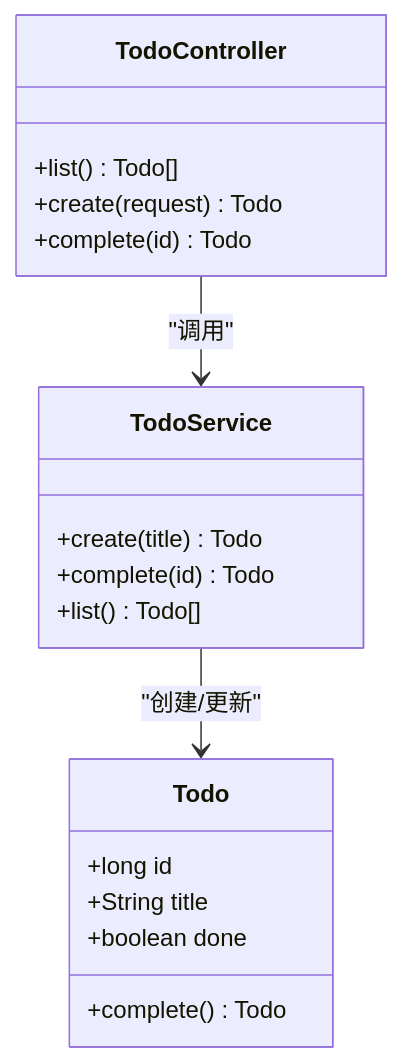
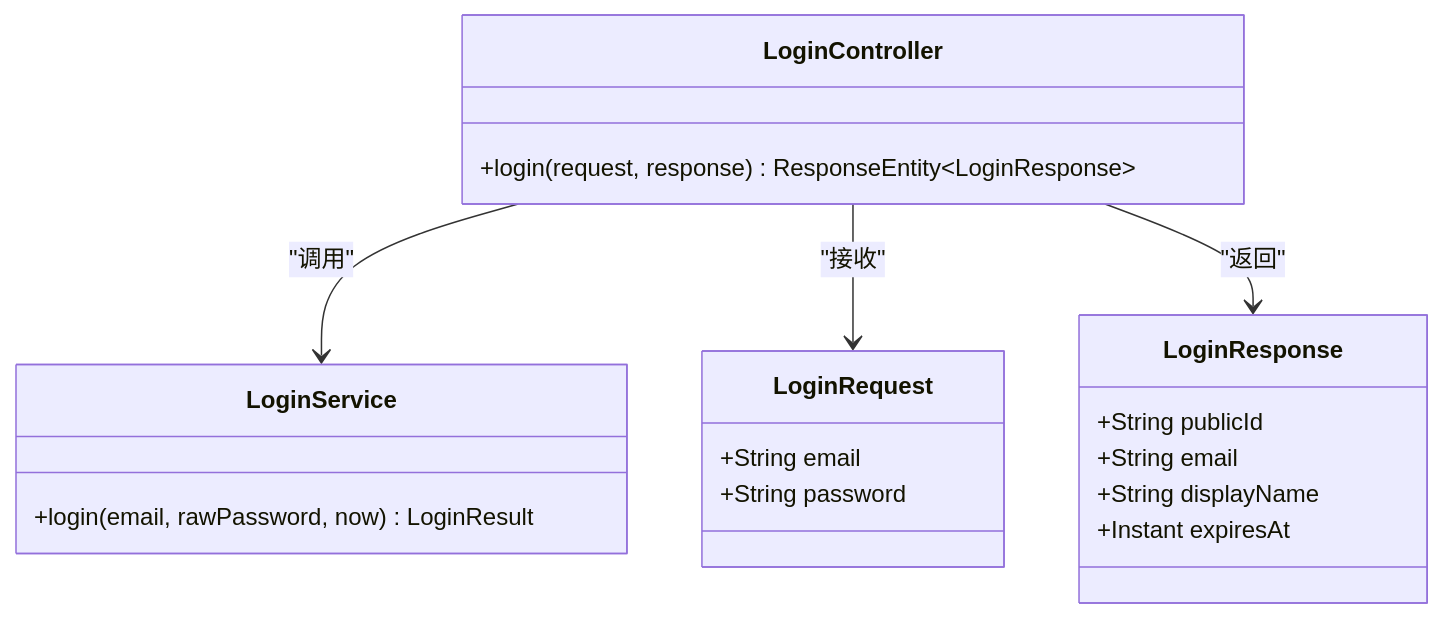
The fourth of 4 diagrams in .qoder/repowiki/zh/content/前端开发/Todo 组件实现.md (luyitiger6/my-first-project), drawn with Mermaid before and after one commit. The commit also changed other lines of this file and 42 other files, not shown here.

````diff
--- a/.qoder/repowiki/zh/content/前端开发/Todo 组件实现.md
+++ b/.qoder/repowiki/zh/content/前端开发/Todo 组件实现.md
@@ -328,21 +266,22 @@
 ```mermaid
 classDiagram
-class Todo {
-+long id
-+String title
-+boolean done
-+complete() Todo
+class LoginController {
++login(request, response) ResponseEntity~LoginResponse~
 }
-class TodoService {
-+create(title) Todo
-+complete(id) Todo
-+list() Todo[]
+class LoginService {
++login(email, rawPassword, now) LoginResult
 }
-class TodoController {
-+list() Todo[]
-+create(request) Todo
-+complete(id) Todo
+class LoginRequest {
++String email
++String password
 }
-TodoController --> TodoService : "调用"
-TodoService --> Todo : "创建/更新"
+class LoginResponse {
++String publicId
++String email
++String displayName
++Instant expiresAt
+}
+LoginController --> LoginService : "调用"
+LoginController --> LoginRequest : "接收"
+LoginController --> LoginResponse : "返回"
 ```
````
